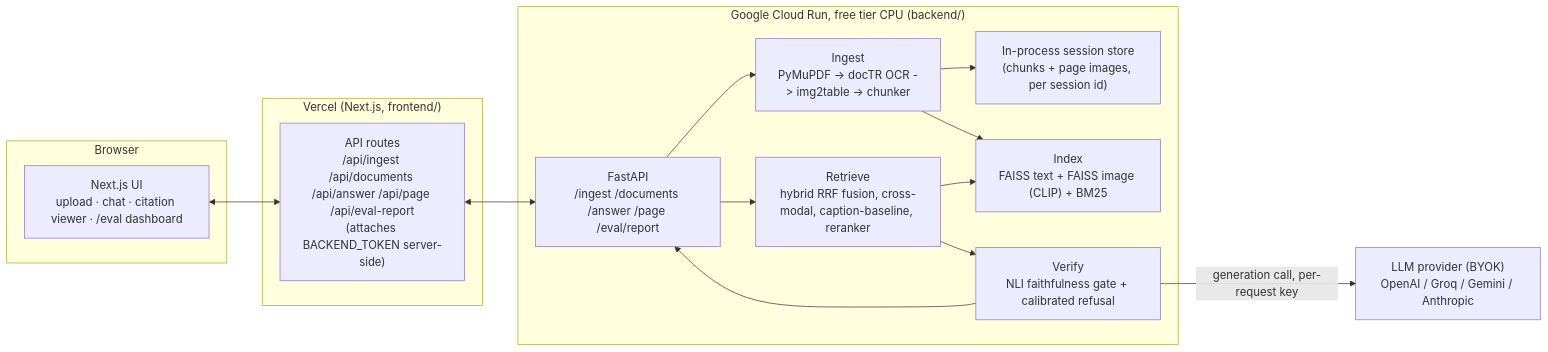
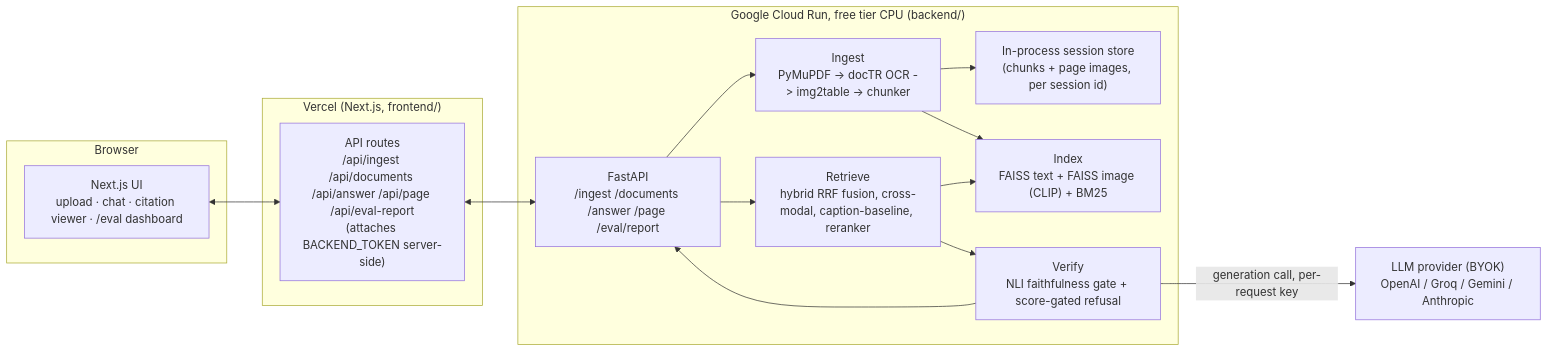
The diagram in README.md (shiva-shivanibokka/Multimodal-RAG), drawn with Mermaid before and after one commit. The commit also changed other lines of this file and 1 other file, not shown here.

````diff
--- a/README.md
+++ b/README.md
@@ -146,27 +177,27 @@
 ```mermaid
 flowchart LR
     subgraph Browser
         UI["Next.js UI\nupload · chat · citation viewer · /eval dashboard"]
     end
     subgraph Vercel["Vercel (Next.js, frontend/)"]
         Proxy["API routes\n/api/ingest /api/documents /api/answer /api/page /api/eval-report\n(attaches BACKEND_TOKEN server-side)"]
     end
     subgraph Space["Google Cloud Run, free tier CPU (backend/)"]
         API["FastAPI\n/ingest /documents /answer /page /eval/report"]
         Ingest["Ingest\nPyMuPDF -> docTR OCR -> img2table -> chunker"]
         Index["Index\nFAISS text + FAISS image (CLIP) + BM25"]
         Retrieve["Retrieve\nhybrid RRF fusion, cross-modal, caption-baseline, reranker"]
-        Verify["Verify\nNLI faithfulness gate + calibrated refusal"]
+        Verify["Verify\nNLI faithfulness gate + score-gated refusal"]
         Session["In-process session store\n(chunks + page images, per session id)"]
     end
     Provider["LLM provider (BYOK)\nOpenAI / Groq / Gemini / Anthropic"]
 
     UI <--> Proxy
     Proxy <--> API
     API --> Ingest --> Session
     Ingest --> Index
     API --> Retrieve --> Index
     Retrieve --> Verify
     Verify -- generation call, per-request key --> Provider
     Verify --> API
 ```
````
